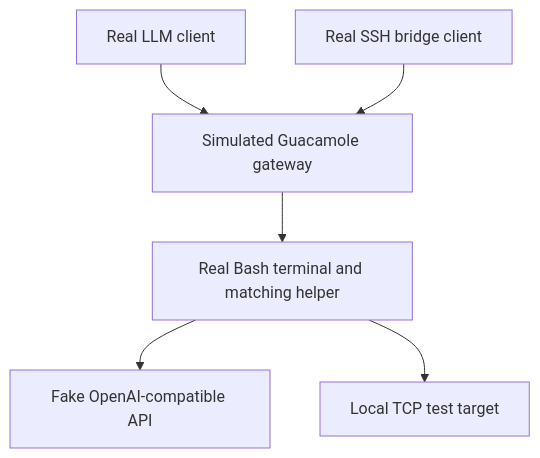
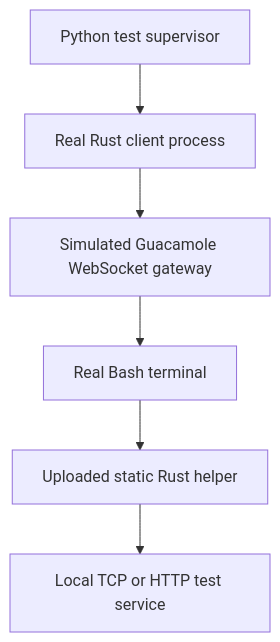
Before and after one commit to himbeles/guac-bridge: the diagram in docs/testing.md, drawn with Mermaid. The commit also changed other lines of this file and 87 other files, not shown here.

Commit message:
Build standalone Rust bridge with bundled Linux helper, native credentials and Windows installer

````diff
--- a/docs/testing.md
+++ b/docs/testing.md
@@ -7,8 +3,8 @@
 ```mermaid
 flowchart TD
-    L["Real LLM client"] --> G["Simulated Guacamole gateway"]
-    S["Real SSH bridge client"] --> G
-    G --> P["Real Bash terminal and matching helper"]
-    P --> A["Fake OpenAI-compatible API"]
-    P --> E["Local TCP test target"]
+    Tests["Python test supervisor"] --> Client["Real Rust client process"]
+    Client --> Gateway["Simulated Guacamole WebSocket gateway"]
+    Gateway --> PTY["Real Bash terminal"]
+    PTY --> Helper["Uploaded static Rust helper"]
+    Helper --> Target["Local TCP or HTTP test service"]
 ```
````
